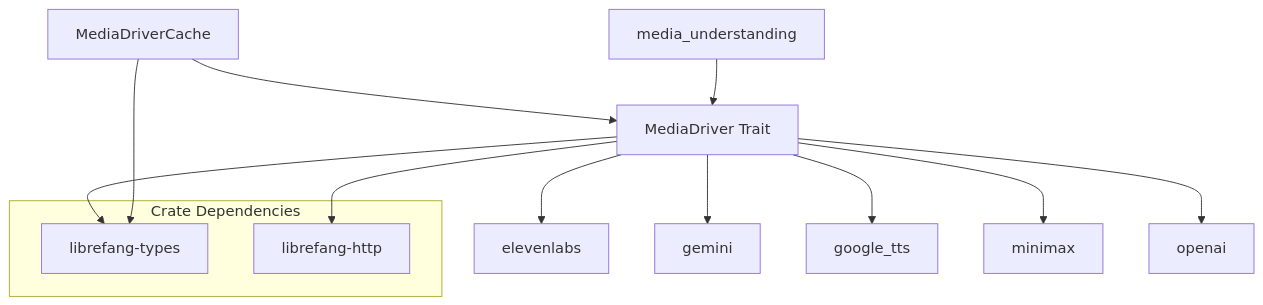
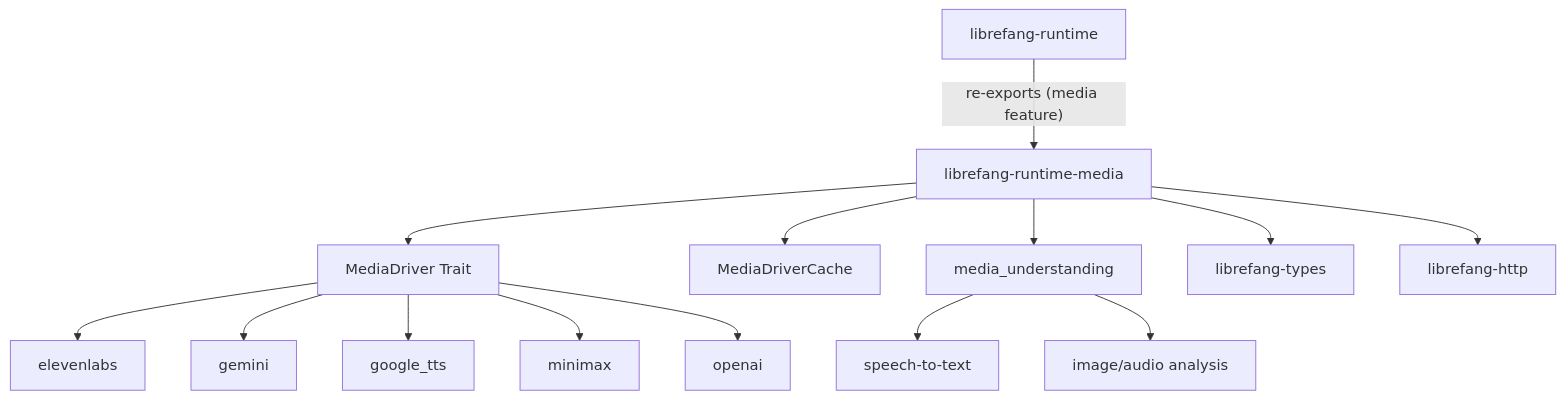
Before and after one commit to leszek3737/librefang-WIki: the diagram in other-librefang-runtime-media.md, drawn with Mermaid. The commit also changed other lines of this file and 126 other files, not shown here.

````diff
--- a/other-librefang-runtime-media.md
+++ b/other-librefang-runtime-media.md
@@ -15,19 +15,16 @@
 ```mermaid
 graph TD
-    A[MediaDriver Trait] --> B[elevenlabs]
-    A --> C[gemini]
-    A --> D[google_tts]
-    A --> E[minimax]
-    A --> F[openai]
-    G[MediaDriverCache] --> A
-    H[media_understanding] --> A
-
-    subgraph "Crate Dependencies"
-        I[librefang-types]
-        J[librefang-http]
-    end
-
-    A --> I
-    A --> J
-    G --> I
+    A[librefang-runtime] -->|"re-exports (media feature)"| B[librefang-runtime-media]
+    B --> C[MediaDriver Trait]
+    B --> D[MediaDriverCache]
+    B --> E[media_understanding]
+    C --> F[elevenlabs]
+    C --> G[gemini]
+    C --> H[google_tts]
+    C --> I[minimax]
+    C --> J[openai]
+    E --> K[speech-to-text]
+    E --> L[image/audio analysis]
+    B --> M[librefang-types]
+    B --> N[librefang-http]
 ```
````
